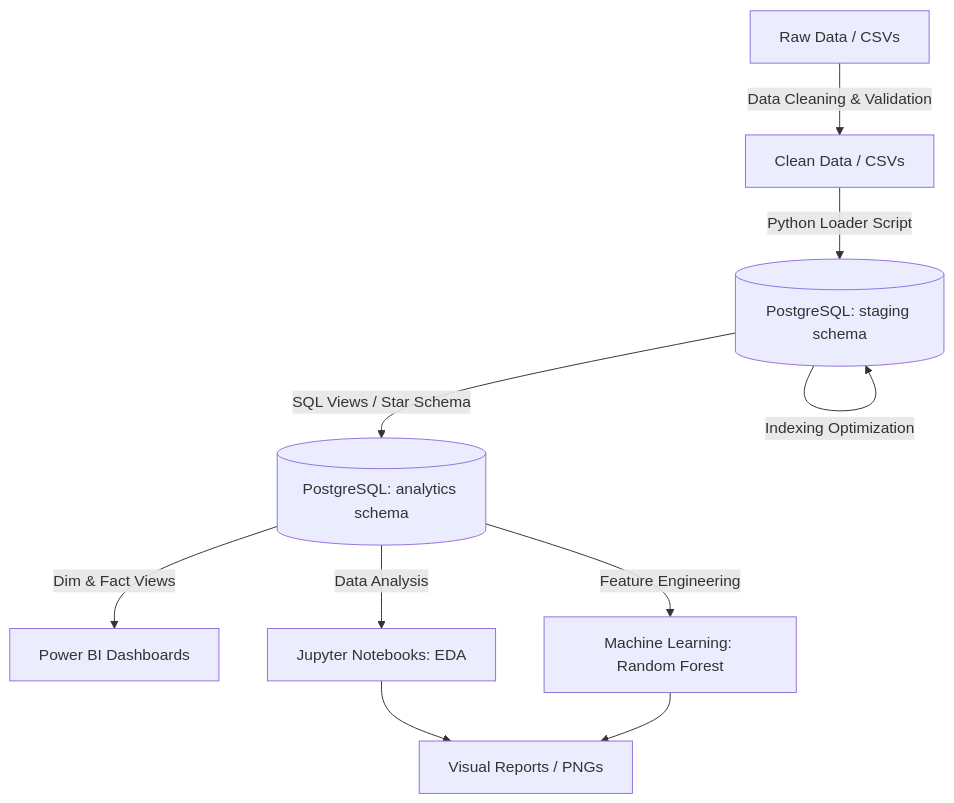
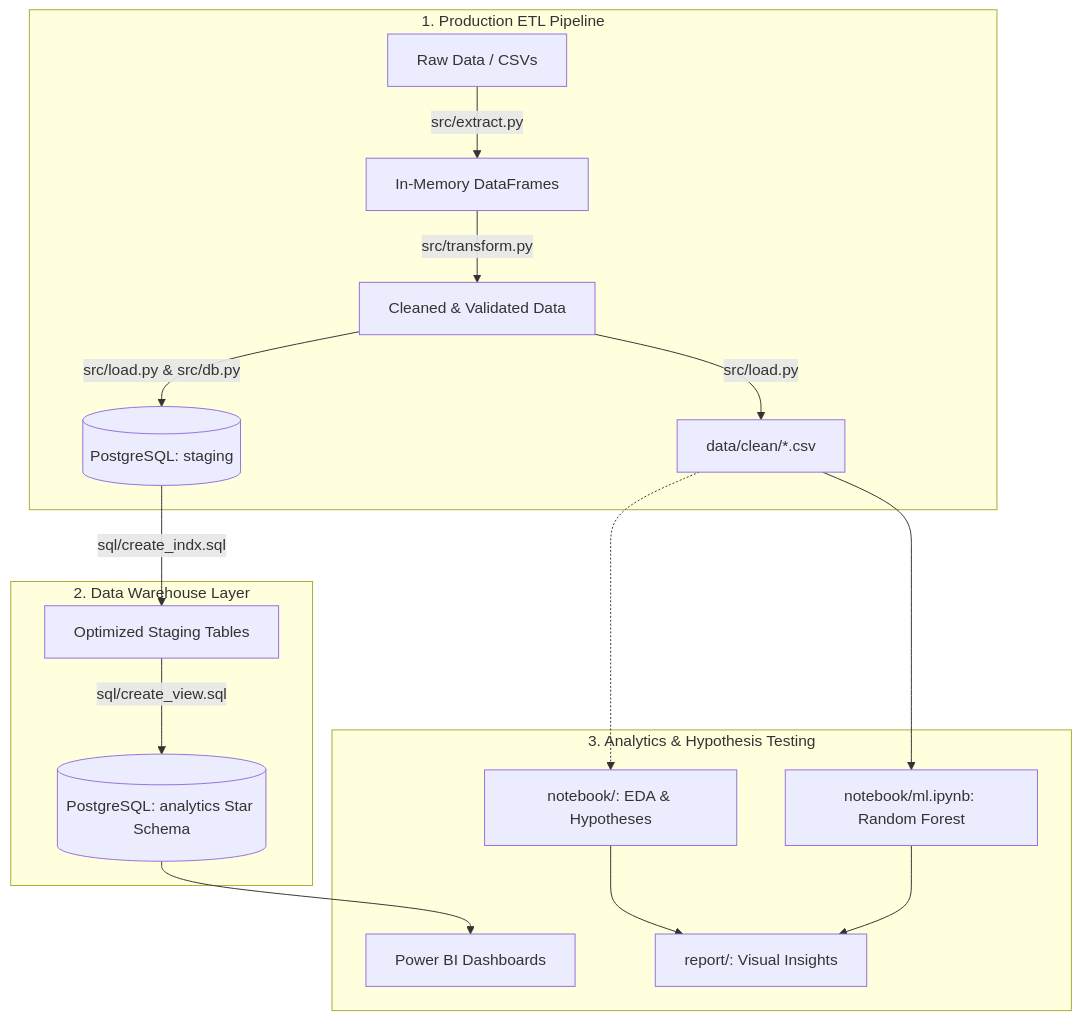
Before and after one commit to doanquangminh14/olist-ecommerce-analytics: the diagram in README.md, drawn with Mermaid. The commit also changed other lines of this file and 11 other files, not shown here.

First line of the commit message:
feat(pipeline): build production ETL pipeline and decouple notebooks

````diff
--- a/README.md
+++ b/README.md
@@ -36,14 +38,22 @@
 ```mermaid
 flowchart TD
-    A[Raw Data / CSVs] -->|Data Cleaning & Validation| B[Clean Data / CSVs]
-    B -->|Python Loader Script| C[(PostgreSQL: staging schema)]
-    C -->|Indexing Optimization| C
-    C -->|SQL Views / Star Schema| D[(PostgreSQL: analytics schema)]
-    
-    D -->|Dim & Fact Views| E[Power BI Dashboards]
-    D -->|Data Analysis| F[Jupyter Notebooks: EDA]
-    D -->|Feature Engineering| G[Machine Learning: Random Forest]
-    
-    F --> H[Visual Reports / PNGs]
-    G --> H
+    subgraph S1 [1. Production ETL Pipeline]
+        Raw[Raw Data / CSVs] -->|src/extract.py| Ext[In-Memory DataFrames]
+        Ext -->|src/transform.py| Clean[Cleaned & Validated Data]
+        Clean -->|src/load.py| CleanCSV[data/clean/*.csv]
+        Clean -->|src/load.py & src/db.py| Staging[(PostgreSQL: staging)]
+    end
+
+    subgraph S2 [2. Data Warehouse Layer]
+        Staging -->|sql/create_indx.sql| IndexedStaging[Optimized Staging Tables]
+        IndexedStaging -->|sql/create_view.sql| AnalyticsDW[(PostgreSQL: analytics Star Schema)]
+    end
+
+    subgraph S3 [3. Analytics & Hypothesis Testing]
+        CleanCSV -.-> Notebooks[notebook/: EDA & Hypotheses]
+        AnalyticsDW --> PowerBI[Power BI Dashboards]
+        CleanCSV --> ML[notebook/ml.ipynb: Random Forest]
+        Notebooks --> Reports[report/: Visual Insights]
+        ML --> Reports
+    end
 ```
````
